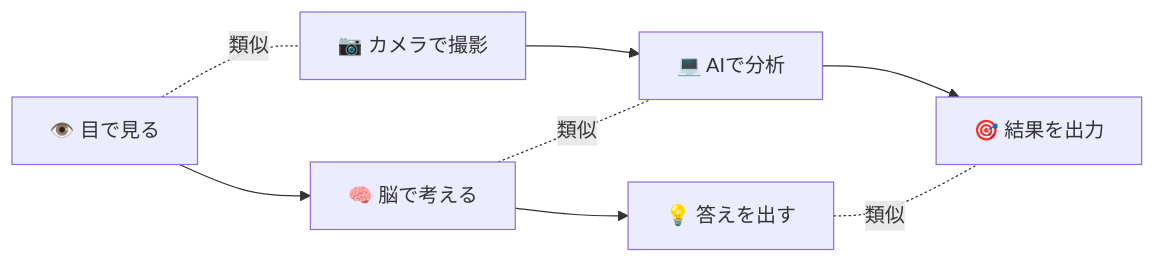
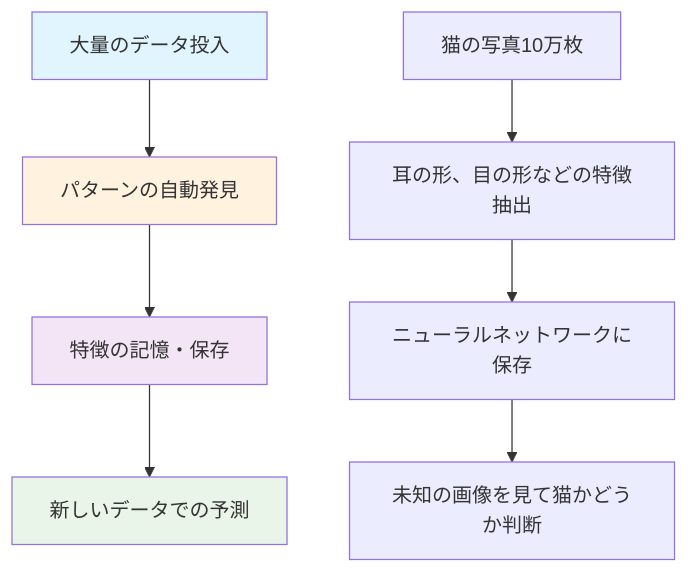
The second of 28 diagrams in AI/DeepLearning/README.MD (SparklingDetergent/doc_genai_mental_model), drawn with Mermaid before and after one commit. The commit also changed other lines of this file, not shown here.

````diff
--- a/AI/DeepLearning/README.MD
+++ b/AI/DeepLearning/README.MD
@@ -38,9 +65,15 @@
 ```mermaid
-graph LR
-    A[👁️ 目で見る] --> B[🧠 脳で考える] --> C[💡 答えを出す]
-    D[📷 カメラで撮影] --> E[💻 AIで分析] --> F[🎯 結果を出力]
+graph TD
+    A[大量のデータ投入] --> B[パターンの自動発見]
+    B --> C[特徴の記憶・保存]
+    C --> D[新しいデータでの予測]
     
-    A -.類似.- D
-    B -.類似.- E  
-    C -.類似.- F
+    A1[猫の写真10万枚] --> B1[耳の形、目の形などの特徴抽出]
+    B1 --> C1[ニューラルネットワークに保存]
+    C1 --> D1[未知の画像を見て猫かどうか判断]
+    
+    style A fill:#e1f5fe
+    style B fill:#fff3e0
+    style C fill:#f3e5f5
+    style D fill:#e8f5e8
 ```
````
